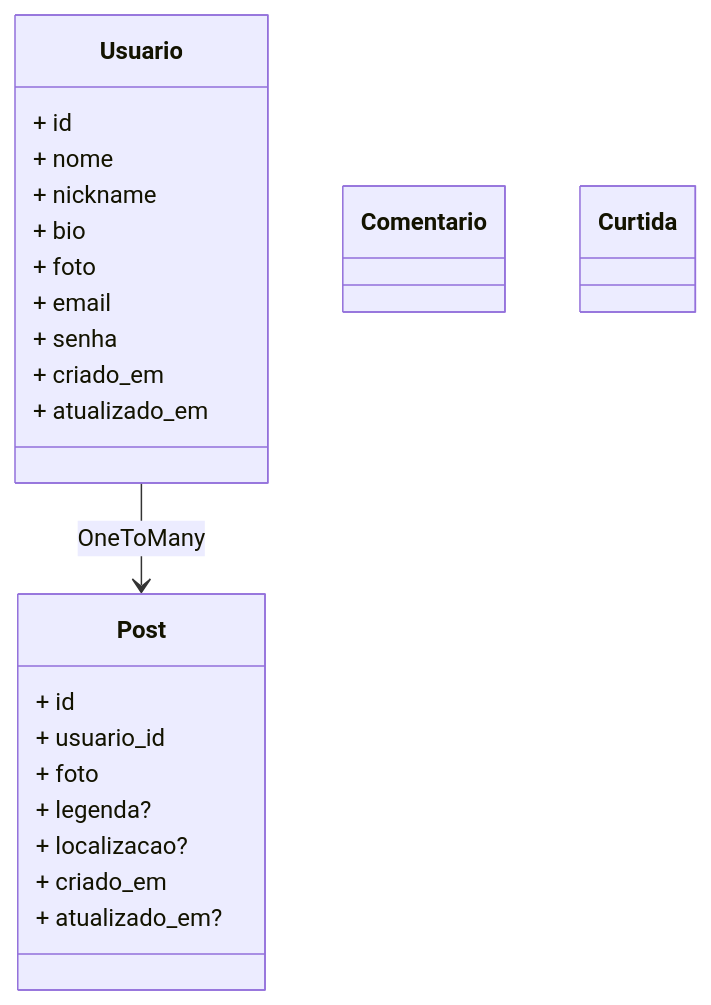
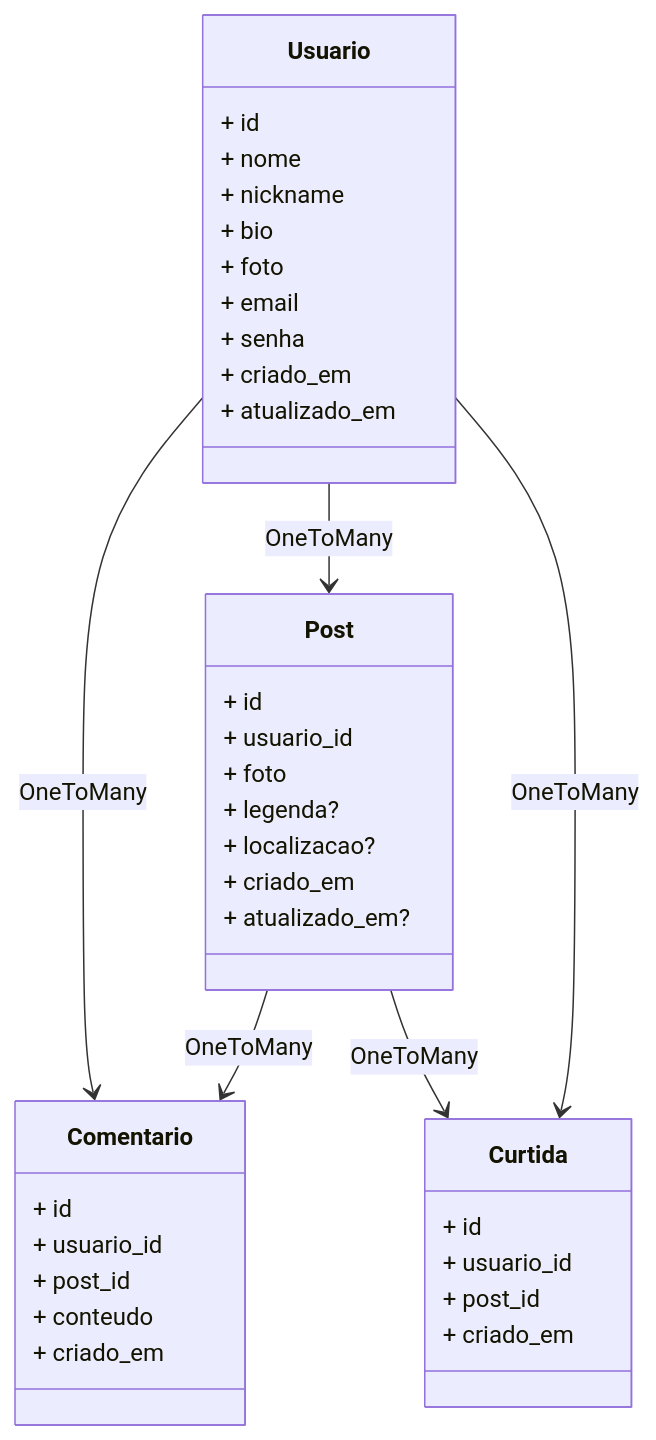
One commit to digitalcollege-classes/api-instagram changed the diagram in README.md. Above: the diagram before and after it, drawn with Mermaid.

Commit message:
Estrutura do banco e tabelas

````diff
--- a/README.md
+++ b/README.md
@@ -16,34 +16,45 @@
 ```mermaid
 classDiagram
     Usuario --> Post: OneToMany
+    Usuario --> Comentario: OneToMany
+    Post --> Comentario: OneToMany
+    Post --> Curtida: OneToMany
+    Usuario --> Curtida: OneToMany
 
     class Usuario {
         + id
         + nome
         + nickname
         + bio
         + foto
         + email
         + senha
         + criado_em
         + atualizado_em
     }
 
     class Post {
         + id
         + usuario_id
         + foto
         + legenda?
         + localizacao?
         + criado_em
         + atualizado_em?
     }
 
     class Comentario {
-
+        + id
+        + usuario_id
+        + post_id
+        + conteudo
+        + criado_em
     }
 
     class Curtida {
-
+        + id
+        + usuario_id
+        + post_id
+        + criado_em
     }
 ```
````
